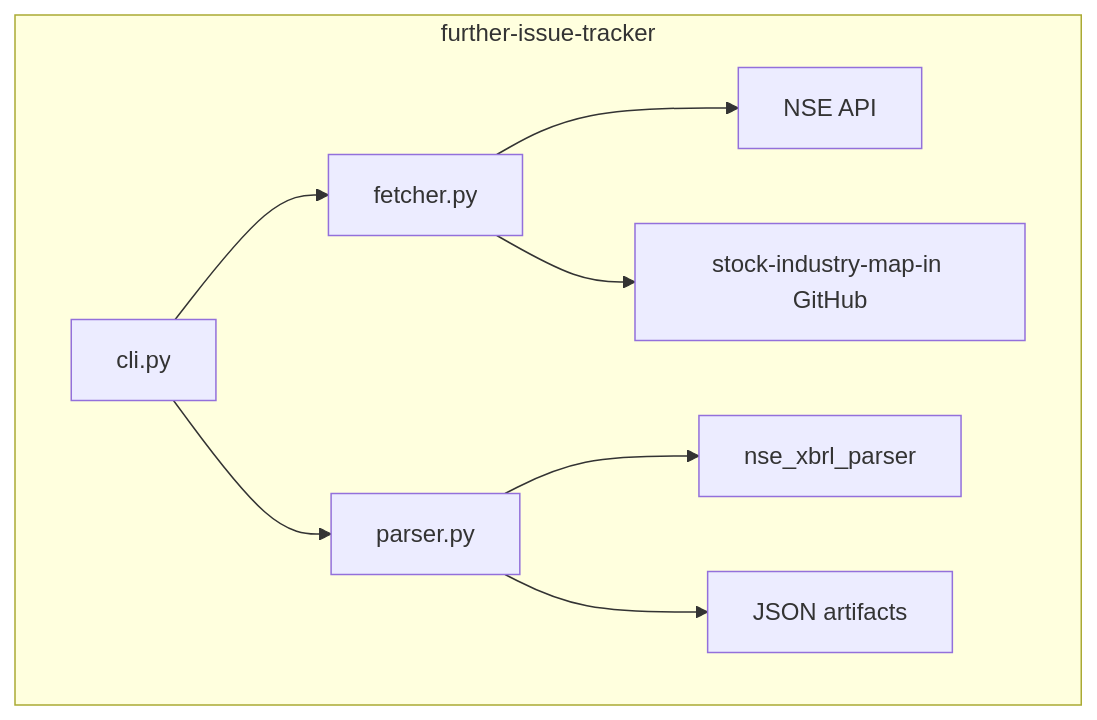
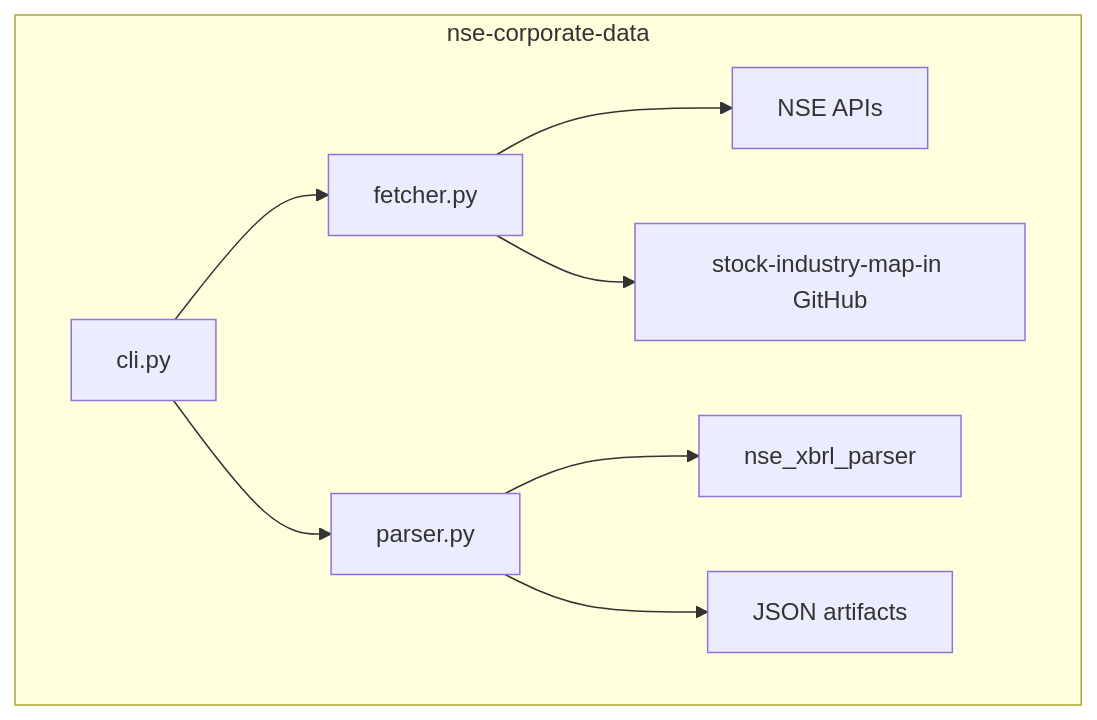
Before and after one commit to eggmasonvalue/nse-corporate-data: the diagram in .context/ARCHITECTURE.md, drawn with Mermaid. The commit also changed other lines of this file and 18 other files, not shown here.

````diff
--- a/.context/ARCHITECTURE.md
+++ b/.context/ARCHITECTURE.md
@@ -3,15 +3,15 @@
 ```mermaid
 graph TD
-    subgraph further-issue-tracker
+    subgraph nse-corporate-data
         cli[cli.py]
         fetcher[fetcher.py]
         parser[parser.py]
         
         cli --> fetcher
         cli --> parser
-        fetcher --> nse[NSE API]
+        fetcher --> nse[NSE APIs]
         fetcher --> industry[stock-industry-map-in GitHub]
         parser --> nsexbrl[nse_xbrl_parser]
         parser --> json[JSON artifacts]
     end
 ```
````
